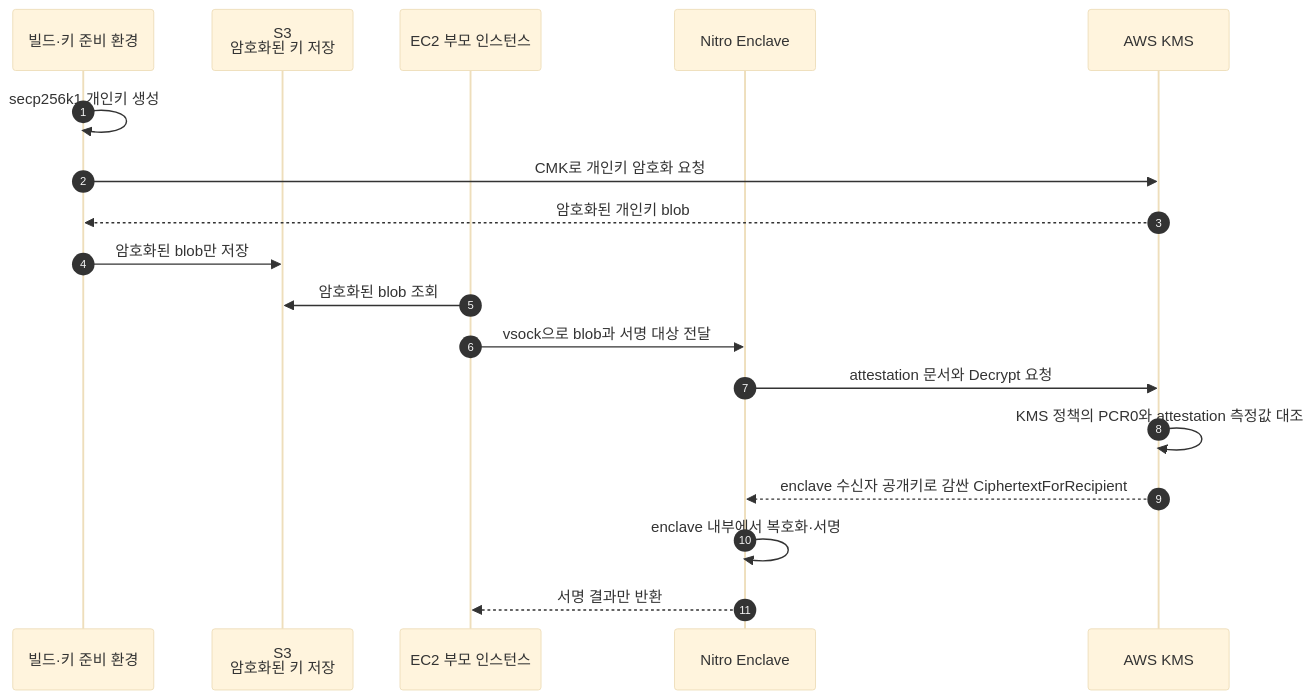
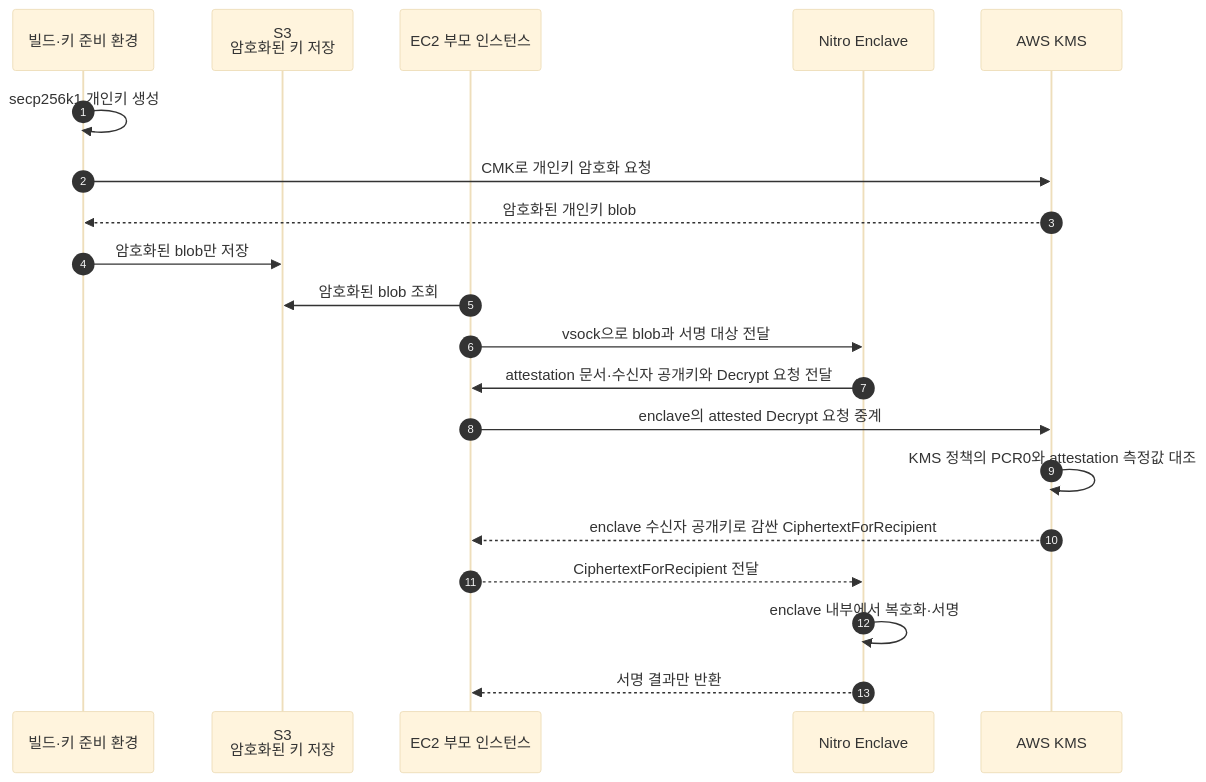
Before and after one commit to eunsujeo/eunpus: the first of 6 diagrams in blockchain-manager/docs/디지털 자산/에이전트 결제/04-aws-wallet-key-and-agent-payment.md, drawn with Mermaid (base theme). The commit also changed other lines of this file and 6 other files, not shown here.

````diff
--- a/blockchain-manager/docs/디지털 자산/에이전트 결제/04-aws-wallet-key-and-agent-payment.md
+++ b/blockchain-manager/docs/디지털 자산/에이전트 결제/04-aws-wallet-key-and-agent-payment.md
@@ -28,20 +35,22 @@
 ```mermaid
 sequenceDiagram
     autonumber
     participant B as 빌드·키 준비 환경
     participant S as S3<br/>암호화된 키 저장
     participant P as EC2 부모 인스턴스
     participant E as Nitro Enclave
     participant K as AWS KMS
     B->>B: secp256k1 개인키 생성
     B->>K: CMK로 개인키 암호화 요청
     K-->>B: 암호화된 개인키 blob
     B->>S: 암호화된 blob만 저장
     P->>S: 암호화된 blob 조회
     P->>E: vsock으로 blob과 서명 대상 전달
-    E->>K: attestation 문서와 Decrypt 요청
+    E->>P: attestation 문서·수신자 공개키와 Decrypt 요청 전달
+    P->>K: enclave의 attested Decrypt 요청 중계
     K->>K: KMS 정책의 PCR0와 attestation 측정값 대조
-    K-->>E: enclave 수신자 공개키로 감싼 CiphertextForRecipient
+    K-->>P: enclave 수신자 공개키로 감싼 CiphertextForRecipient
+    P-->>E: CiphertextForRecipient 전달
     E->>E: enclave 내부에서 복호화·서명
     E-->>P: 서명 결과만 반환
 ```
````
